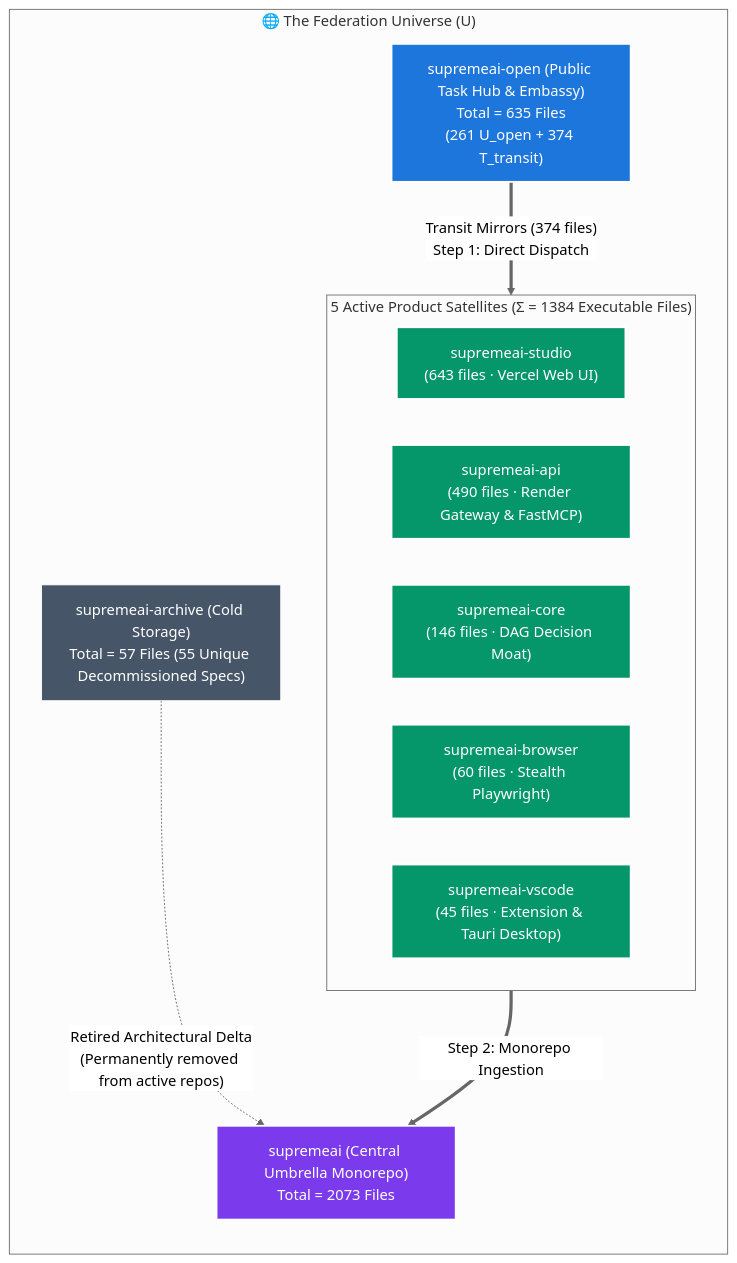
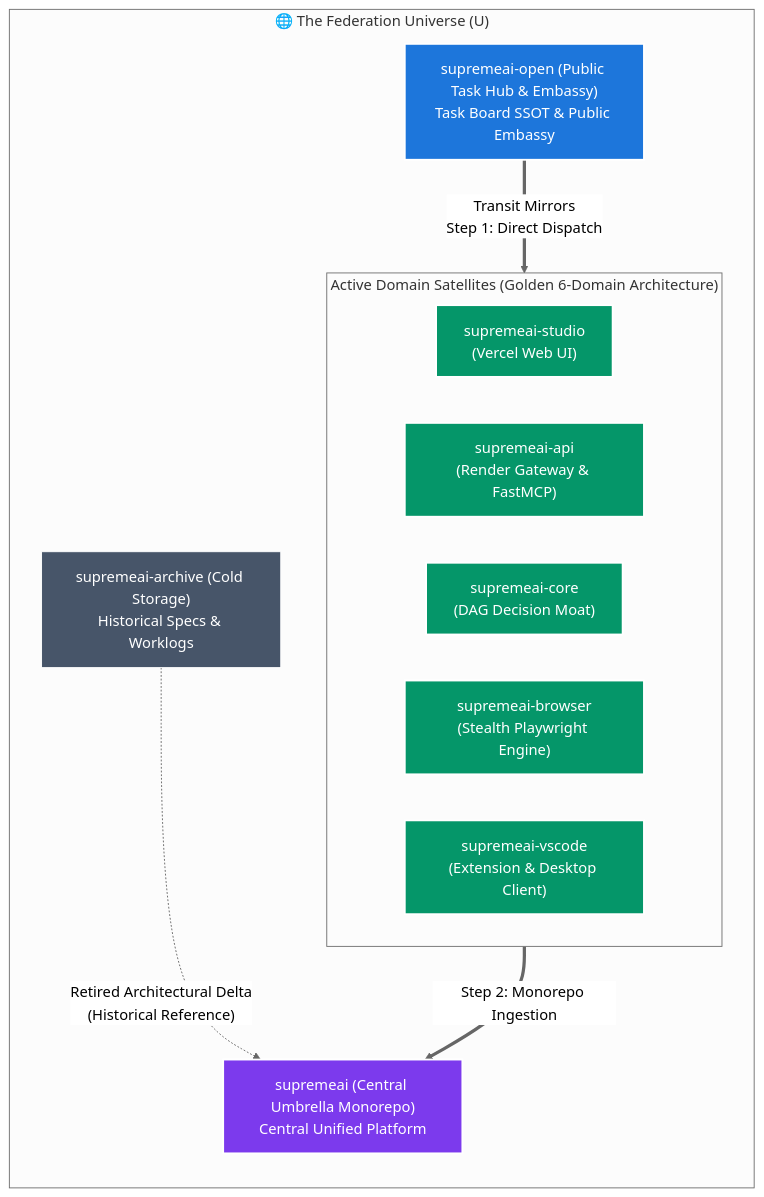
Before and after one commit to Supremeai-bd/supremeai-open: the first of 3 diagrams in README.md, drawn with Mermaid (neutral theme). The commit also changed other lines of this file and 2 other files, not shown here.

Commit message:
docs(federation): align topology references with canonical anchors SSOT and remove stale workflow refs

````diff
--- a/README.md
+++ b/README.md
@@ -29,31 +31,31 @@
 ```mermaid
 flowchart TD
     subgraph FEDERATION_UNIVERSE ["🌐 The Federation Universe (U)"]
         direction TB
-        OPEN["supremeai-open (Public Task Hub & Embassy)<br>Total = 635 Files<br>(261 U_open + 374 T_transit)"]
-        MONO["supremeai (Central Umbrella Monorepo)<br>Total = 2073 Files"]
+        OPEN["supremeai-open (Public Task Hub & Embassy)<br>Task Board SSOT & Public Embassy"]
+        MONO["supremeai (Central Umbrella Monorepo)<br>Central Unified Platform"]
         
-        subgraph ACTIVE_SATS ["5 Active Product Satellites (Σ = 1384 Executable Files)"]
-            S_STUDIO["supremeai-studio<br>(643 files · Vercel Web UI)"]
-            S_API["supremeai-api<br>(490 files · Render Gateway & FastMCP)"]
-            S_CORE["supremeai-core<br>(146 files · DAG Decision Moat)"]
-            S_BROWSER["supremeai-browser<br>(60 files · Stealth Playwright)"]
-            S_VSCODE["supremeai-vscode<br>(45 files · Extension & Tauri Desktop)"]
+        subgraph ACTIVE_SATS ["Active Domain Satellites (Golden 6-Domain Architecture)"]
+            S_STUDIO["supremeai-studio<br>(Vercel Web UI)"]
+            S_API["supremeai-api<br>(Render Gateway & FastMCP)"]
+            S_CORE["supremeai-core<br>(DAG Decision Moat)"]
+            S_BROWSER["supremeai-browser<br>(Stealth Playwright Engine)"]
+            S_VSCODE["supremeai-vscode<br>(Extension & Desktop Client)"]
         end
 
-        ARCHIVE["supremeai-archive (Cold Storage)<br>Total = 57 Files (55 Unique Decommissioned Specs)"]
+        ARCHIVE["supremeai-archive (Cold Storage)<br>Historical Specs & Worklogs"]
     end
 
-    OPEN ==>|"Transit Mirrors (374 files)<br>Step 1: Direct Dispatch"| ACTIVE_SATS
+    OPEN ==>|"Transit Mirrors<br>Step 1: Direct Dispatch"| ACTIVE_SATS
     ACTIVE_SATS ==>|"Step 2: Monorepo Ingestion"| MONO
-    ARCHIVE -.->|"Retired Architectural Delta<br>(Permanently removed from active repos)"| MONO
+    ARCHIVE -.->|"Retired Architectural Delta<br>(Historical Reference)"| MONO
 
     classDef open fill:#1d76db,stroke:#fff,stroke-width:2px,color:#fff;
     classDef sats fill:#059669,stroke:#fff,stroke-width:2px,color:#fff;
     classDef mono fill:#7c3aed,stroke:#fff,stroke-width:2px,color:#fff;
     classDef archive fill:#475569,stroke:#fff,stroke-width:1px,color:#fff;
     class OPEN open;
     class S_STUDIO,S_API,S_CORE,S_BROWSER,S_VSCODE sats;
     class MONO mono;
     class ARCHIVE archive;
 ```
````
